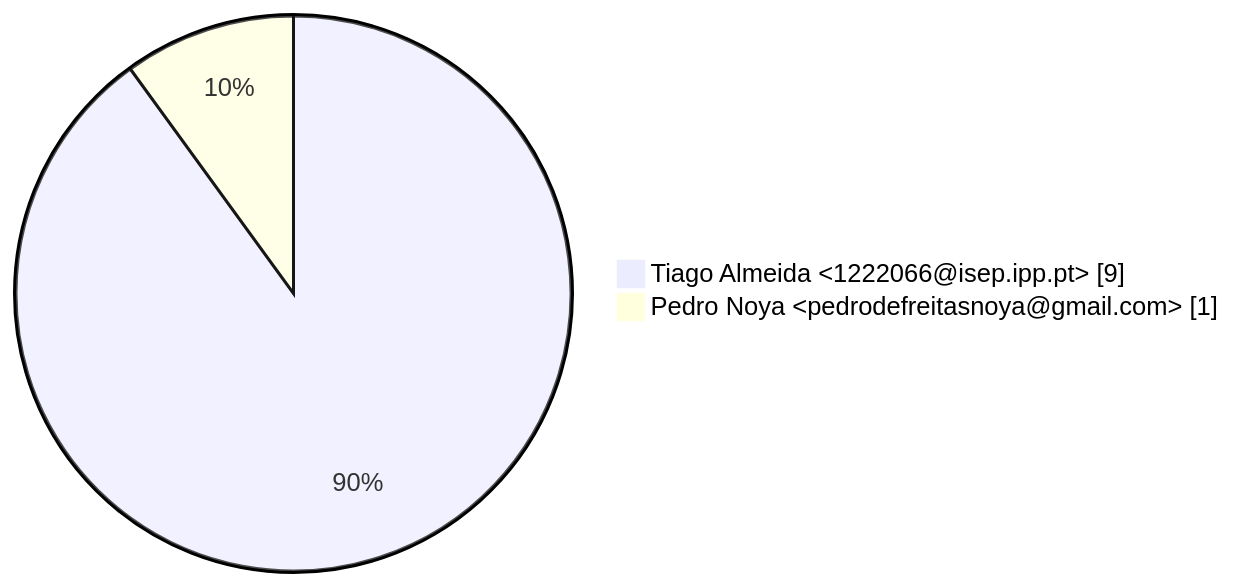
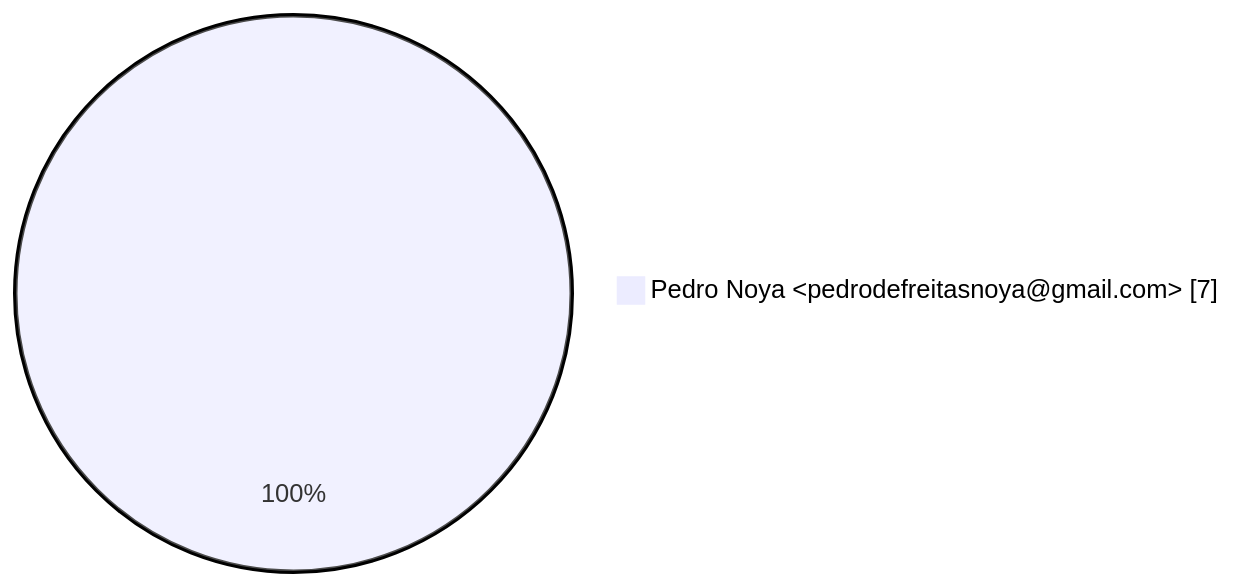
One commit to Pedro-Noya/LSIS1 changed the first of 3 diagrams in GitAnalysis/Sprint_1/Contributions.md. Above: the diagram before and after it, drawn with Mermaid. The commit also changed other lines of this file and 1 other file, not shown here.

````diff
--- a/GitAnalysis/Sprint_1/Contributions.md
+++ b/GitAnalysis/Sprint_1/Contributions.md
@@ -8,5 +7,4 @@
 ```mermaid
 pie showData
-    " Tiago Almeida <1222066@isep.ipp.pt>" : 9
-    " Pedro Noya <pedrodefreitasnoya@gmail.com>" : 1
+    " Pedro Noya <pedrodefreitasnoya@gmail.com>" : 7
 ```
````
